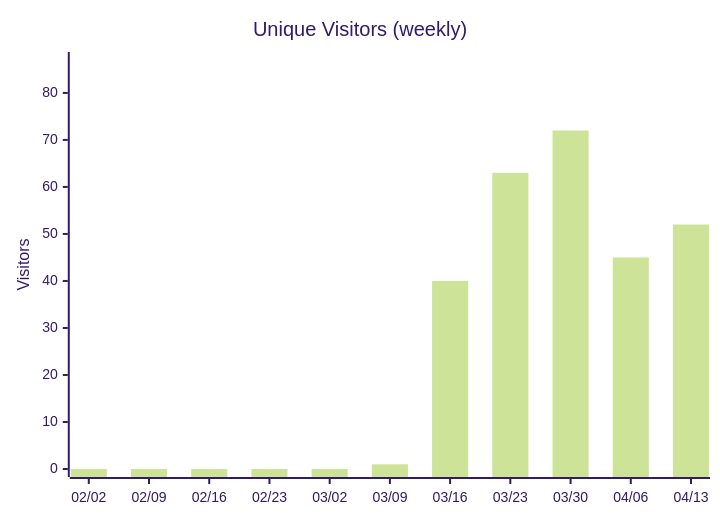
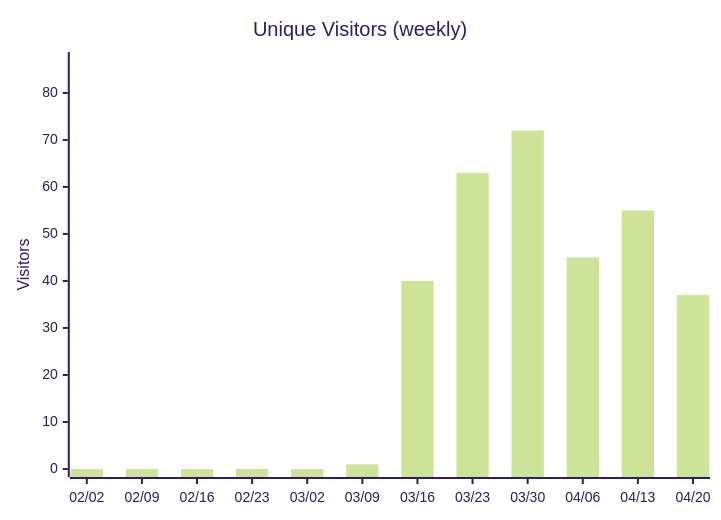
Before and after one commit to nablarch/nabledge-dev: diagram 13 of 14 in docs/metrics.md, drawn with Mermaid (forest theme). The commit also changed other lines of this file and 2 other files, not shown here.

````diff
--- a/docs/metrics.md
+++ b/docs/metrics.md
@@ -165,7 +165,7 @@
 ```mermaid
 xychart-beta
   title "Unique Visitors (weekly)"
-  x-axis ["02/02", "02/09", "02/16", "02/23", "03/02", "03/09", "03/16", "03/23", "03/30", "04/06", "04/13"]
+  x-axis ["02/02", "02/09", "02/16", "02/23", "03/02", "03/09", "03/16", "03/23", "03/30", "04/06", "04/13", "04/20"]
   y-axis "Visitors" 0 --> 87
-  bar [0, 0, 0, 0, 0, 1, 40, 63, 72, 45, 52]
+  bar [0, 0, 0, 0, 0, 1, 40, 63, 72, 45, 55, 37]
 ```
````
